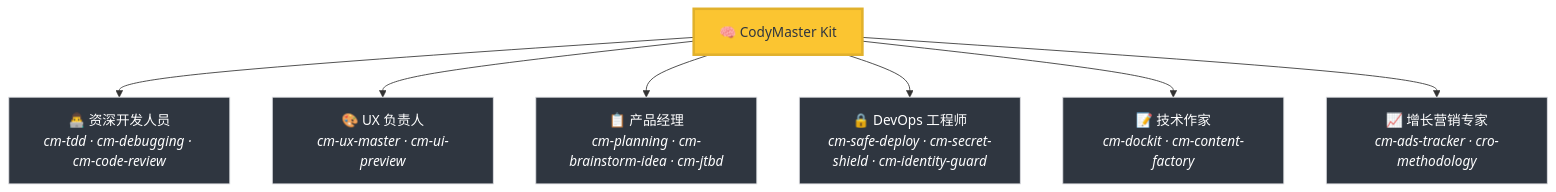
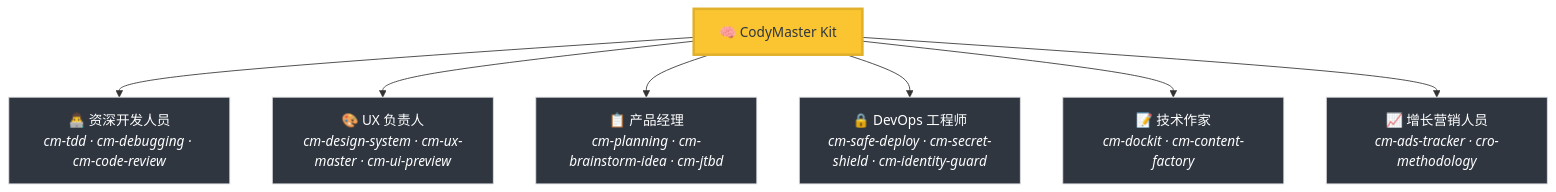
Before and after one commit to tody-agent/codymaster: the first of 3 diagrams in README-zh.md, drawn with Mermaid. The commit also changed other lines of this file and 57 other files, not shown here.

````diff
--- a/README-zh.md
+++ b/README-zh.md
@@ -56,12 +56,12 @@
 ```mermaid
 graph TD
     A["🧠 CodyMaster Kit"] --> B["👨‍💻 资深开发人员<br/><i>cm-tdd · cm-debugging · cm-code-review</i>"]
-    A --> C["🎨 UX 负责人<br/><i>cm-ux-master · cm-ui-preview</i>"]
+    A --> C["🎨 UX 负责人<br/><i>cm-design-system · cm-ux-master · cm-ui-preview</i>"]
     A --> D["📋 产品经理<br/><i>cm-planning · cm-brainstorm-idea · cm-jtbd</i>"]
     A --> E["🔒 DevOps 工程师<br/><i>cm-safe-deploy · cm-secret-shield · cm-identity-guard</i>"]
     A --> F["📝 技术作家<br/><i>cm-dockit · cm-content-factory</i>"]
-    A --> G["📈 增长营销专家<br/><i>cm-ads-tracker · cro-methodology</i>"]
+    A --> G["📈 增长营销人员<br/><i>cm-ads-tracker · cro-methodology</i>"]
     style A fill:#fbc531,stroke:#e1b12c,color:#2f3640,stroke-width:3px
     classDef team fill:#2f3640,stroke:#dcdde1,stroke-width:1px,color:#fff;
     class B,C,D,E,F,G team;
 ```
````
